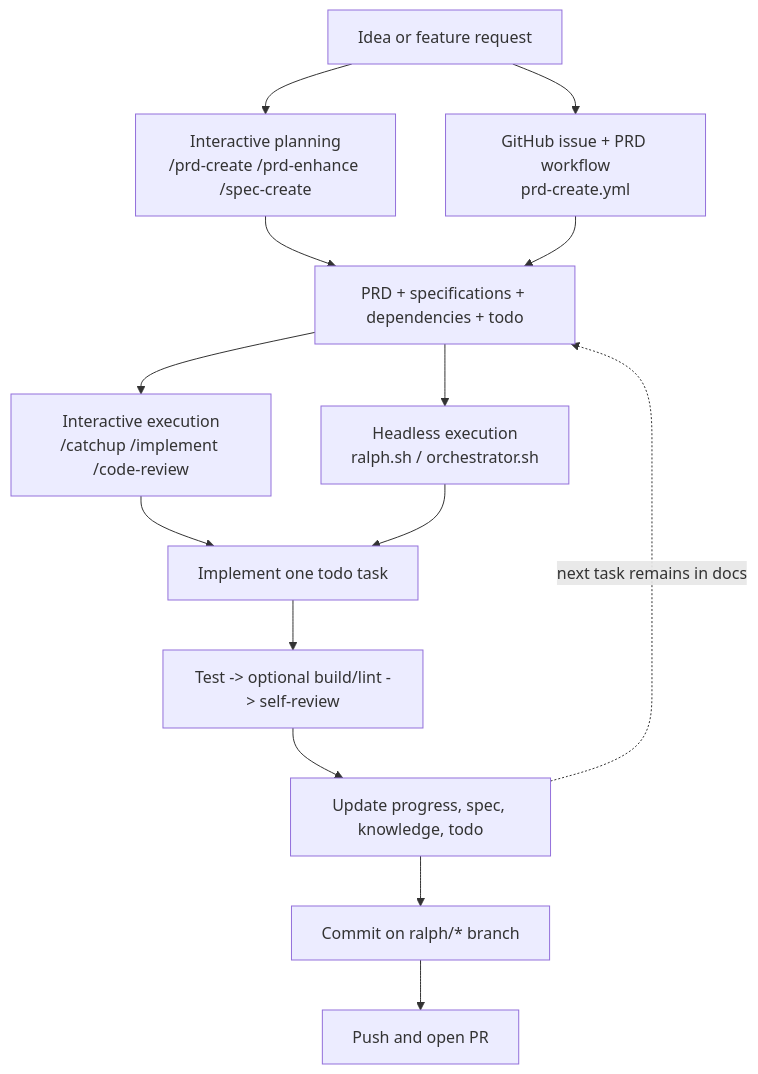
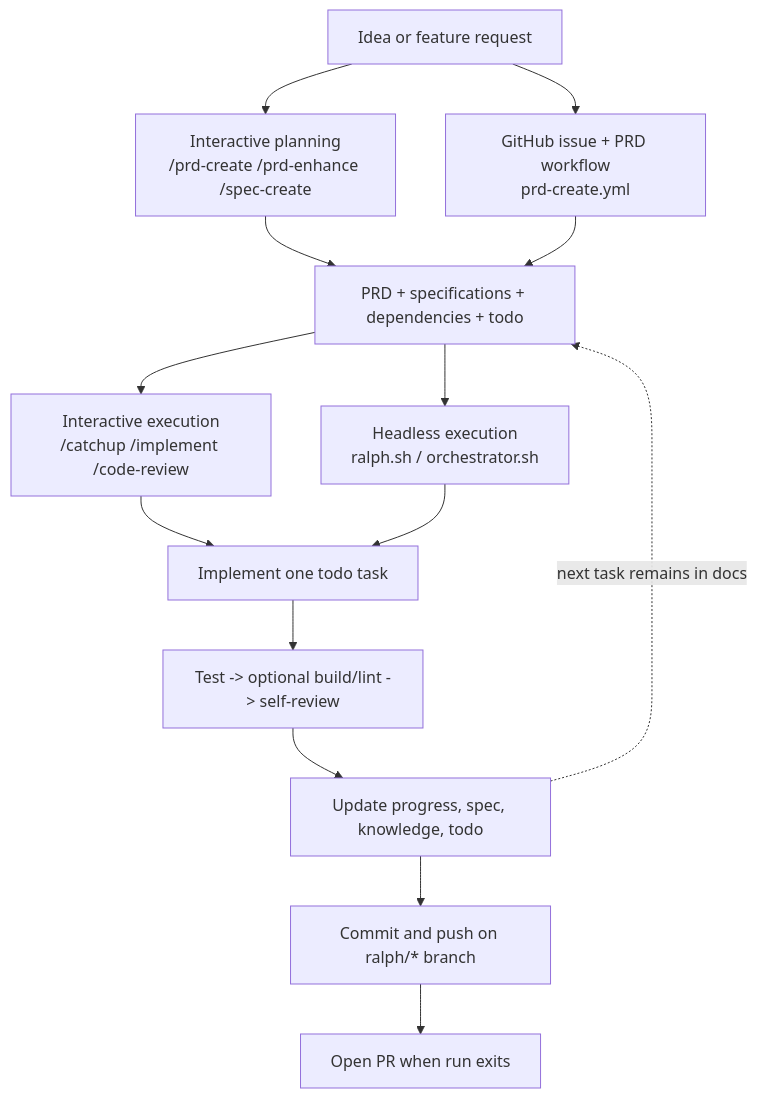
One commit to peintangos/ralph-matsuo changed the diagram in README.md. Above: the diagram before and after it, drawn with Mermaid. The commit also changed other lines of this file and 9 other files, not shown here.

Commit message:
feat: enforce push per Ralph iteration

````diff
--- a/README.md
+++ b/README.md
@@ -41,28 +41,28 @@
 ```mermaid
 flowchart TD
     A[Idea or feature request]
     B[Interactive planning<br/>/prd-create /prd-enhance /spec-create]
     C[GitHub issue + PRD workflow<br/>prd-create.yml]
     D[PRD + specifications + dependencies + todo]
     E[Interactive execution<br/>/catchup /implement /code-review]
     F[Headless execution<br/>ralph.sh / orchestrator.sh]
     G[Implement one todo task]
     H[Test -> optional build/lint -> self-review]
     I[Update progress, spec, knowledge, todo]
-    J[Commit on ralph/* branch]
-    K[Push and open PR]
+    J[Commit and push on ralph/* branch]
+    K[Open PR when run exits]
 
     A --> B
     A --> C
     B --> D
     C --> D
     D --> E
     D --> F
     E --> G
     F --> G
     G --> H
     H --> I
     I --> J
     J --> K
     I -. next task remains in docs .-> D
 ```
````
